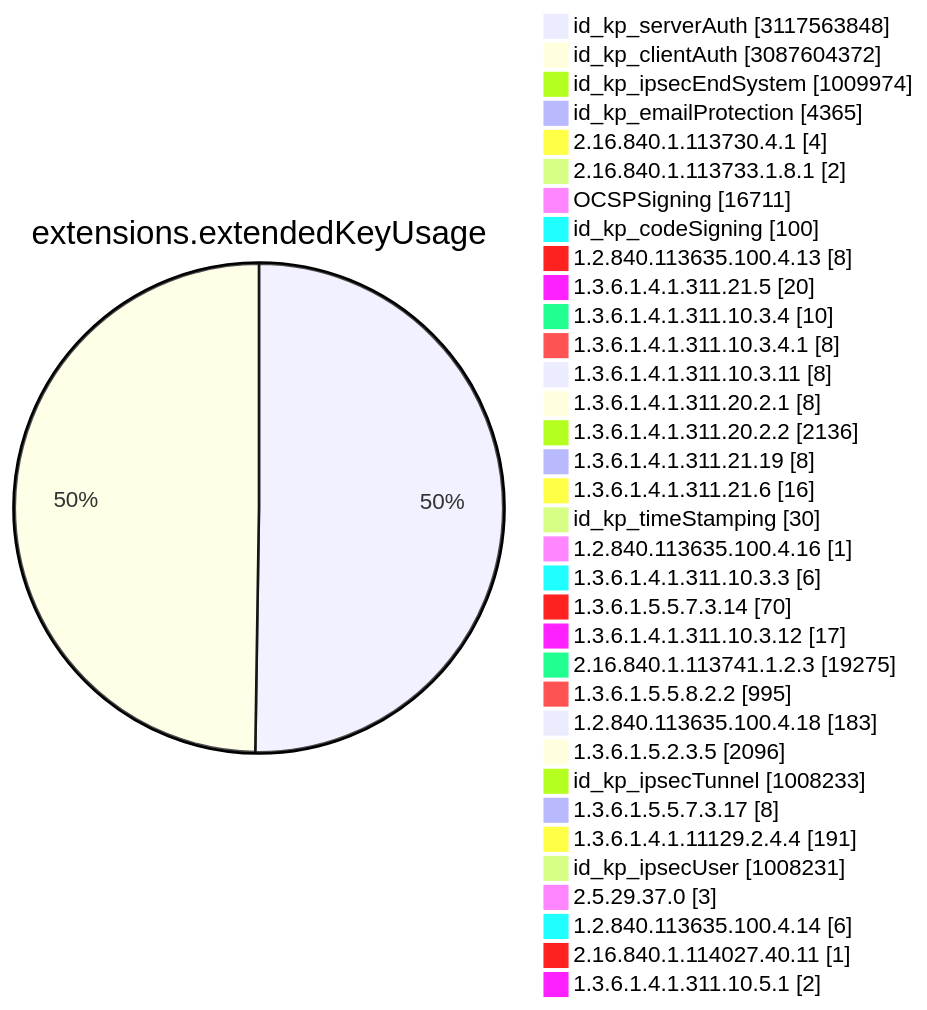
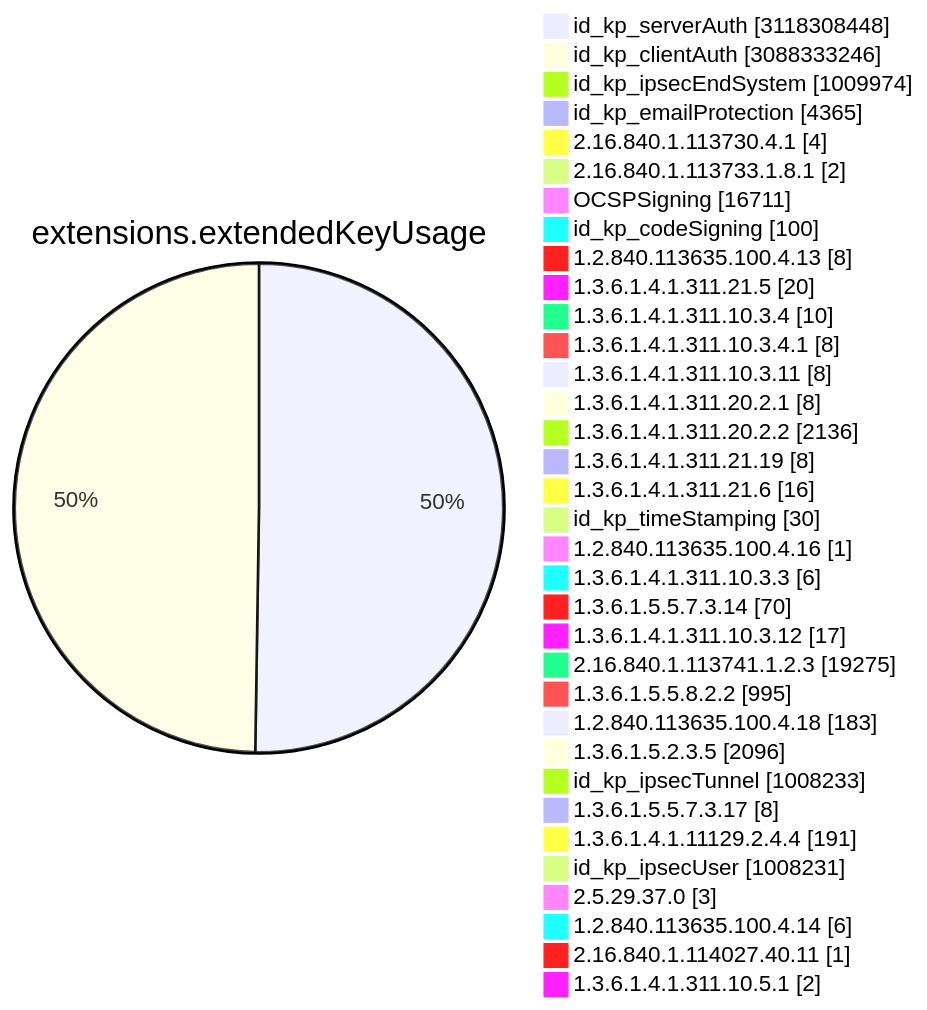
One commit to christiankrug/ctmonitor_visualization changed diagram 11 of 15 in TOTAL/README.md. Above: the diagram before and after it, drawn with Mermaid. The commit also changed other lines of this file, not shown here.

````diff
--- a/TOTAL/README.md
+++ b/TOTAL/README.md
@@ -4117,38 +4117,38 @@
 ```mermaid
 pie showData
 title extensions.extendedKeyUsage
-"id_kp_serverAuth" :3117563848
-"id_kp_clientAuth" :3087604372
+"id_kp_serverAuth" :3118308448
+"id_kp_clientAuth" :3088333246
 "id_kp_ipsecEndSystem" :1009974
 "id_kp_emailProtection" :4365
 "2.16.840.1.113730.4.1" :4
 "2.16.840.1.113733.1.8.1" :2
 "OCSPSigning" :16711
 "id_kp_codeSigning" :100
 "1.2.840.113635.100.4.13" :8
 "1.3.6.1.4.1.311.21.5" :20
 "1.3.6.1.4.1.311.10.3.4" :10
 "1.3.6.1.4.1.311.10.3.4.1" :8
 "1.3.6.1.4.1.311.10.3.11" :8
 "1.3.6.1.4.1.311.20.2.1" :8
 "1.3.6.1.4.1.311.20.2.2" :2136
 "1.3.6.1.4.1.311.21.19" :8
 "1.3.6.1.4.1.311.21.6" :16
 "id_kp_timeStamping" :30
 "1.2.840.113635.100.4.16" :1
 "1.3.6.1.4.1.311.10.3.3" :6
 "1.3.6.1.5.5.7.3.14" :70
 "1.3.6.1.4.1.311.10.3.12" :17
 "2.16.840.1.113741.1.2.3" :19275
 "1.3.6.1.5.5.8.2.2" :995
 "1.2.840.113635.100.4.18" :183
 "1.3.6.1.5.2.3.5" :2096
 "id_kp_ipsecTunnel" :1008233
 "1.3.6.1.5.5.7.3.17" :8
 "1.3.6.1.4.1.11129.2.4.4" :191
 "id_kp_ipsecUser" :1008231
 "2.5.29.37.0" :3
 "1.2.840.113635.100.4.14" :6
 "2.16.840.1.114027.40.11" :1
 "1.3.6.1.4.1.311.10.5.1" :2
 ```
````
